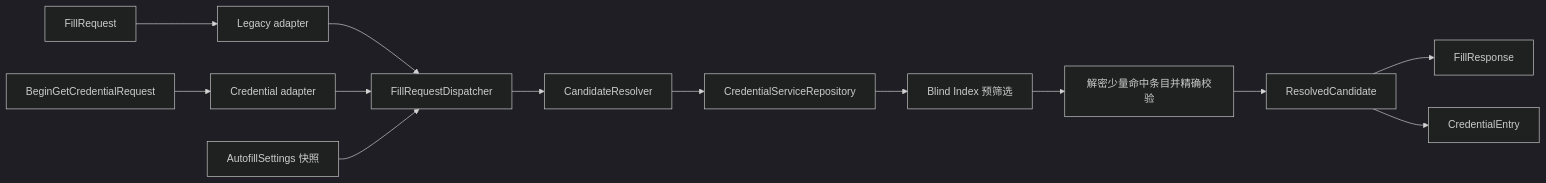
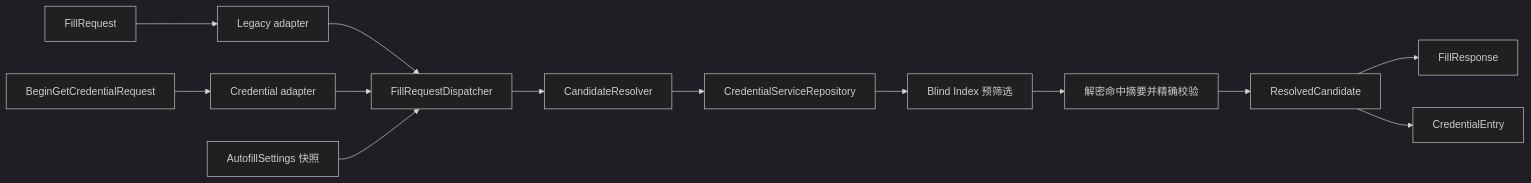
Before and after one commit to aozijx/Passly: the diagram in docs/security/autofill.md, drawn with Mermaid (dark theme). The commit also changed other lines of this file and 71 other files, not shown here.

````diff
--- a/docs/security/autofill.md
+++ b/docs/security/autofill.md
@@ -8,15 +8,15 @@
 ```mermaid
 flowchart LR
     Legacy["FillRequest"] --> Parser["Legacy adapter"]
     Modern["BeginGetCredentialRequest"] --> Credential["Credential adapter"]
     Parser --> Dispatcher["FillRequestDispatcher"]
     Credential --> Dispatcher
     Settings["AutofillSettings 快照"] --> Dispatcher
     Dispatcher --> Resolver["CandidateResolver"]
     Resolver --> Contract["CredentialServiceRepository"]
     Contract --> Index["Blind Index 预筛选"]
-    Index --> Repo["解密少量命中条目并精确校验"]
+    Index --> Repo["解密命中摘要并精确校验"]
     Repo --> Candidate["ResolvedCandidate"]
     Candidate --> LegacyResponse["FillResponse"]
     Candidate --> ModernResponse["CredentialEntry"]
 ```
````
